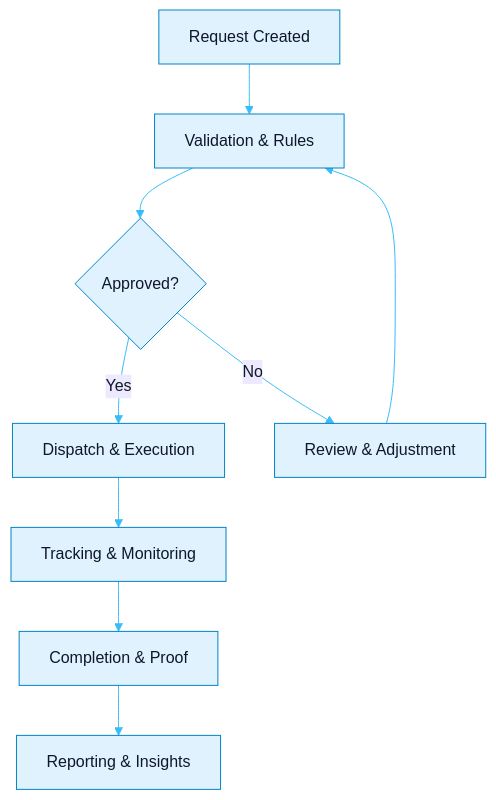
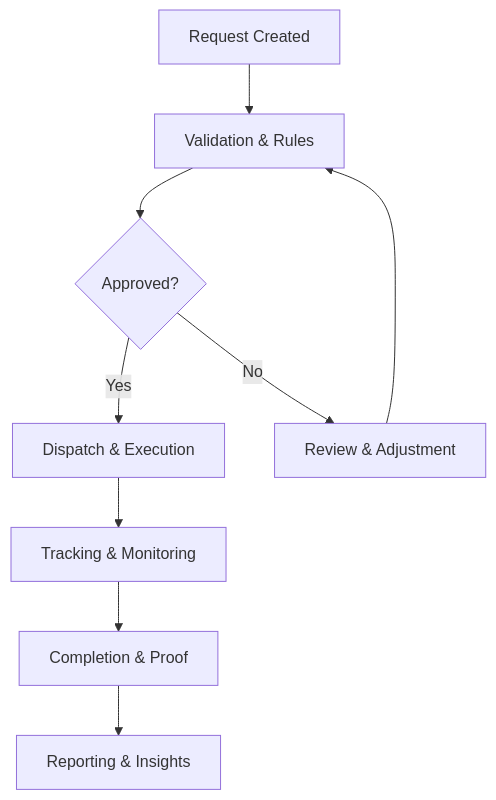
Before and after one commit to Al-NAQLA/.github: the second of 8 diagrams in profile/README.md, drawn with Mermaid. The commit also changed other lines of this file, not shown here.

Commit message:
Refactor Mermaid diagrams in README.md for improved clarity and consistency

````diff
--- a/profile/README.md
+++ b/profile/README.md
@@ -35,12 +34,11 @@
 ```mermaid
-%%{init: {"theme": "base", "themeVariables": {"primaryColor": "#E0F2FE", "primaryTextColor": "#0F172A", "primaryBorderColor": "#0284C7", "lineColor": "#38BDF8", "secondaryColor": "#EDE9FE", "tertiaryColor": "#FEF9C3", "background": "#FFFFFF"}}}%%
 flowchart TD
   A[Request Created] --> B[Validation & Rules]
   B --> C{Approved?}
   C -- Yes --> D[Dispatch & Execution]
   C -- No --> E[Review & Adjustment]
   D --> F[Tracking & Monitoring]
   F --> G[Completion & Proof]
   G --> H[Reporting & Insights]
   E --> B
 ```
````
